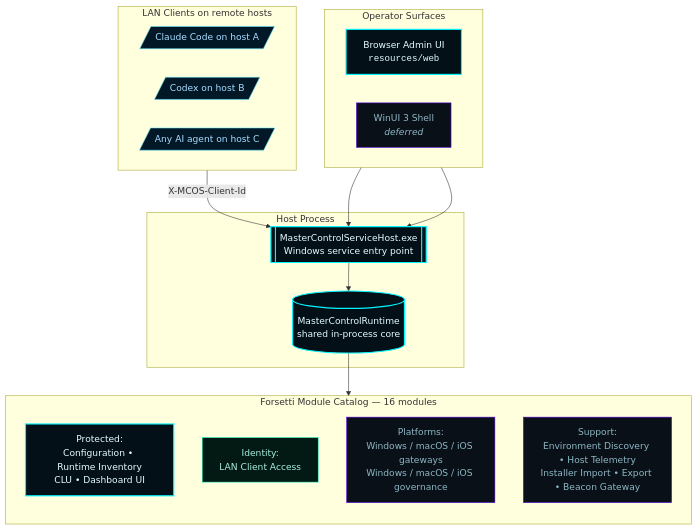
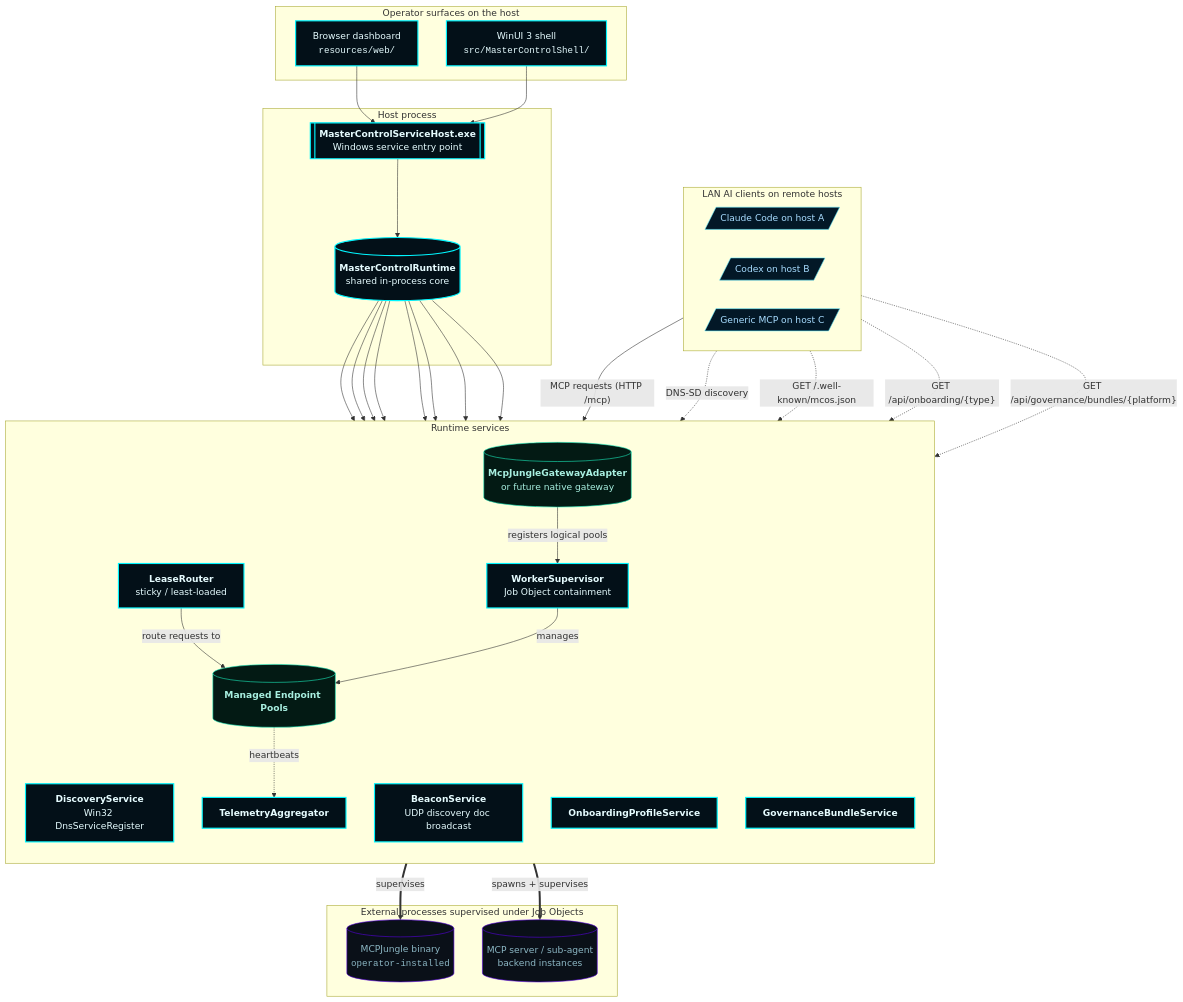
One commit to flynn33/Master-Control-Orchestration-Server changed the second of 8 diagrams in docs/wiki/Architecture.md. Above: the diagram before and after it, drawn with Mermaid. The commit also changed other lines of this file and 15 other files, not shown here.

````diff
--- a/docs/wiki/Architecture.md
+++ b/docs/wiki/Architecture.md
@@ -16,39 +50,65 @@
 ```mermaid
 flowchart TB
     classDef accent fill:#031018,stroke:#00F6FF,color:#E6FCFF,stroke-width:2px;
     classDef sub fill:#0a1018,stroke:#5A00E8,color:#8CB7C4;
     classDef client fill:#031827,stroke:#5AE8FF,color:#A8DCFF;
     classDef good fill:#031a14,stroke:#1cf2c1,color:#a8efe0;
 
-    subgraph Clients[LAN Clients on remote hosts]
-        direction LR
+    subgraph LANClients[LAN AI clients on remote hosts]
         ClaudeCode[/Claude Code on host A/]:::client
         Codex[/Codex on host B/]:::client
-        Other[/Any AI agent on host C/]:::client
+        Other[/Generic MCP on host C/]:::client
     end
 
-    subgraph Surfaces[Operator Surfaces]
-        direction LR
-        Browser[Browser Admin UI<br/><code>resources/web</code>]:::accent
-        Shell[WinUI 3 Shell<br/><i>deferred</i>]:::sub
+    subgraph Surfaces[Operator surfaces on the host]
+        Browser[Browser dashboard<br/><code>resources/web/</code>]:::accent
+        Shell[WinUI 3 shell<br/><code>src/MasterControlShell/</code>]:::accent
     end
 
-    subgraph Host[Host Process]
-        Service[[MasterControlServiceHost.exe<br/>Windows service entry point]]:::accent
-        Runtime[(MasterControlRuntime<br/>shared in-process core)]:::accent
+    subgraph Host[Host process]
+        Service[[<b>MasterControlServiceHost.exe</b><br/>Windows service entry point]]:::accent
+        Runtime[(<b>MasterControlRuntime</b><br/>shared in-process core)]:::accent
     end
 
-    subgraph Forsetti[Forsetti Module Catalog — 16 modules]
+    subgraph Services[Runtime services]
         direction TB
-        ProtectedRow[Protected:<br/>Configuration • Runtime Inventory<br/>CLU • Dashboard UI]:::accent
-        IdentityRow[Identity:<br/>LAN Client Access]:::good
-        PlatformRow[Platforms:<br/>Windows / macOS / iOS gateways<br/>Windows / macOS / iOS governance]:::sub
-        SupportRow[Support:<br/>Environment Discovery • Host Telemetry<br/>Installer Import • Export • Beacon Gateway]:::sub
+        Disc[<b>DiscoveryService</b><br/>Win32 DnsServiceRegister]:::accent
+        Beacon[<b>BeaconService</b><br/>UDP discovery doc broadcast]:::accent
+        Onboard[<b>OnboardingProfileService</b>]:::accent
+        Gov[<b>GovernanceBundleService</b>]:::accent
+        Sup[<b>WorkerSupervisor</b><br/>Job Object containment]:::accent
+        Lease[<b>LeaseRouter</b><br/>sticky / least-loaded]:::accent
+        Tel[<b>TelemetryAggregator</b>]:::accent
+        Adapter[(<b>McpJungleGatewayAdapter</b><br/>or future native gateway)]:::good
+        Pools[(<b>Managed Endpoint Pools</b>)]:::good
     end
 
-    Clients -- "X-MCOS-Client-Id" --> Service
+    subgraph External[External processes supervised under Job Objects]
+        Jungle[(MCPJungle binary<br/><code>operator-installed</code>)]:::sub
+        Workers[(MCP server / sub-agent<br/>backend instances)]:::sub
+    end
+
+    LANClients -->|"MCP requests (HTTP /mcp)"| Adapter
+    LANClients -.->|"DNS-SD discovery"| Disc
+    LANClients -.->|"GET /.well-known/mcos.json"| Disc
+    LANClients -.->|"GET /api/onboarding/{type}"| Onboard
+    LANClients -.->|"GET /api/governance/bundles/{platform}"| Gov
+
     Browser --> Service
     Shell --> Service
     Service --> Runtime
-    Runtime --> Forsetti
+    Runtime --> Disc
+    Runtime --> Beacon
+    Runtime --> Onboard
+    Runtime --> Gov
+    Runtime --> Sup
+    Runtime --> Lease
+    Runtime --> Tel
+    Runtime --> Adapter
+    Adapter ==>|"supervises"| Jungle
+    Sup ==>|"spawns + supervises"| Workers
+    Adapter -->|"registers logical pools"| Sup
+    Lease -->|"route requests to"| Pools
+    Sup -->|"manages"| Pools
+    Pools -.->|"heartbeats"| Tel
 ```
````
